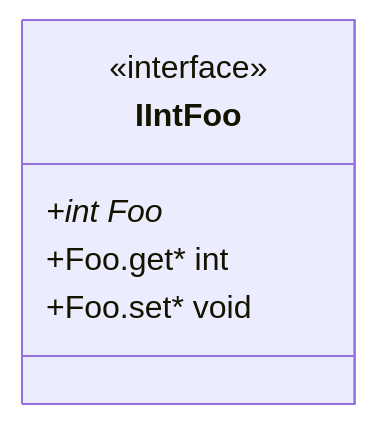
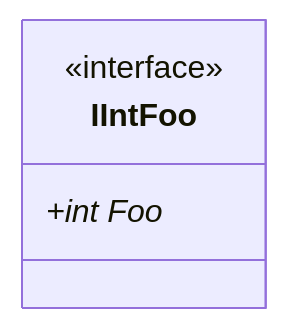
The sixth of 7 diagrams in test/SampleProject/CODE_METRICS.md (erichiller/gh-action-cs-metrics), drawn with Mermaid before and after one commit. The commit also changed other lines of this file and 1 other file, not shown here.

Commit message:
Use GetMembers(), filter where applicable

````diff
--- a/test/SampleProject/CODE_METRICS.md
+++ b/test/SampleProject/CODE_METRICS.md
@@ -346,13 +307,11 @@
 ```mermaid
 %%{init: {
     'fontFamily': 'monospace'
 } }%%
 classDiagram
 class SomeRoot_SampleProject_IIntFoo ["IIntFoo"] {
     <<interface>>
     +int Foo*
-    +Foo.get* int
-    +Foo.set* void
 }
 
 ```
````
